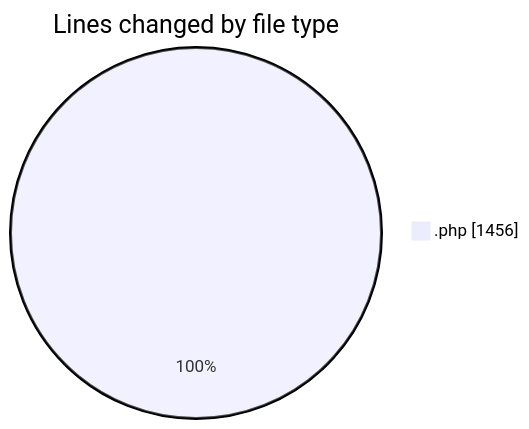
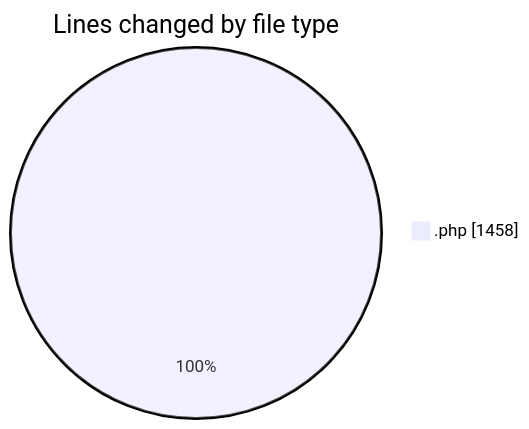
The first of 2 diagrams in 2025-10-04/shop/README.md (vahidmafi/code-tracking), drawn with Mermaid before and after one commit. The commit also changed other lines of this file and 1 other file, not shown here.

````diff
--- a/2025-10-04/shop/README.md
+++ b/2025-10-04/shop/README.md
@@ -24,5 +24,5 @@
 ```mermaid
 pie showData
 title Lines changed by file type
-".php" : 1456
+".php" : 1458
 ```
````
